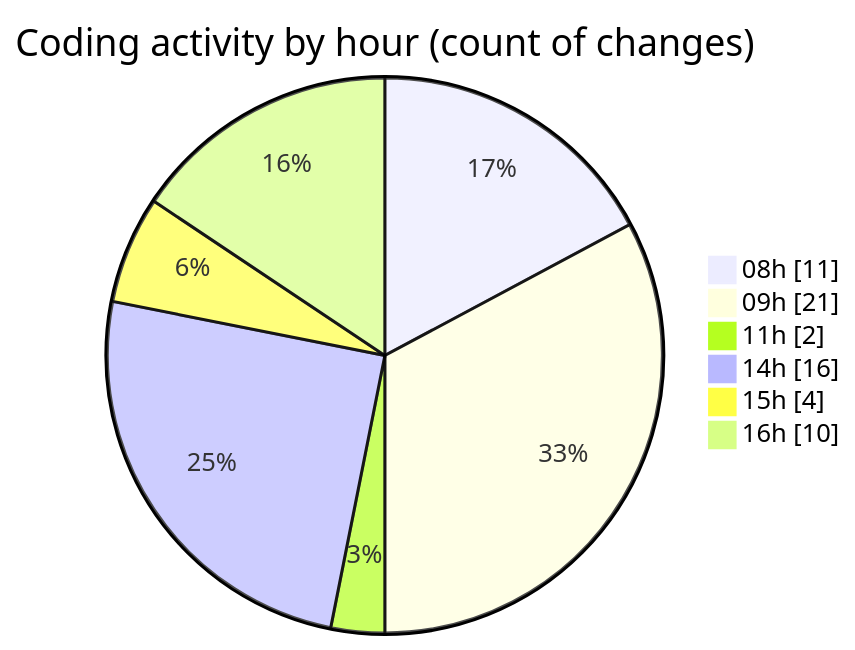
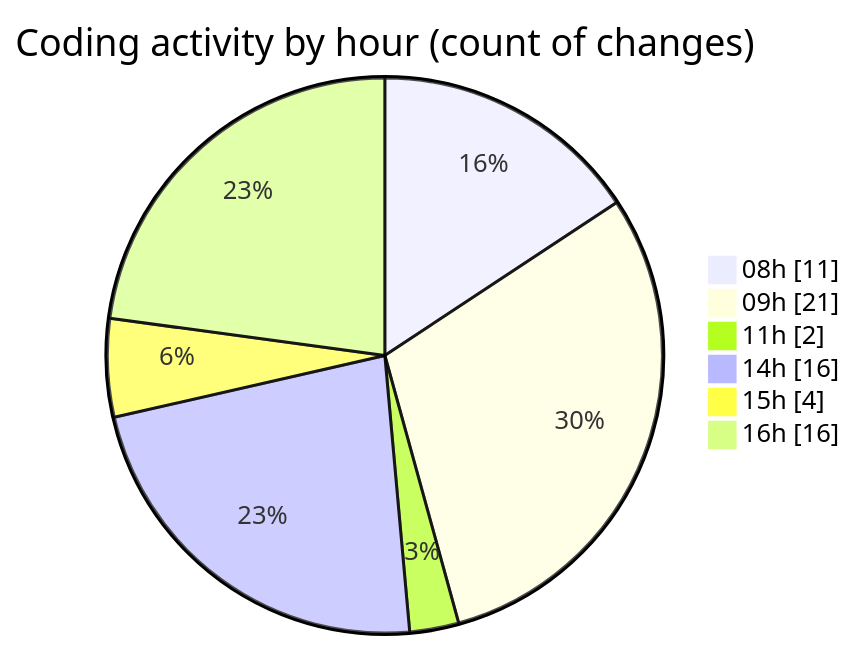
One commit to julien-gomy/code-tracking changed the second of 2 diagrams in 2025-10-13/eventscop-frontend-guide__workspace_/README.md. Above: the diagram before and after it, drawn with Mermaid. The commit also changed other lines of this file and 1 other file, not shown here.

````diff
--- a/2025-10-13/eventscop-frontend-guide__workspace_/README.md
+++ b/2025-10-13/eventscop-frontend-guide__workspace_/README.md
@@ -54,10 +56,10 @@
 ```mermaid
 pie showData
 title Coding activity by hour (count of changes)
 "08h" : 11
 "09h" : 21
 "11h" : 2
 "14h" : 16
 "15h" : 4
-"16h" : 10
+"16h" : 16
 ```
````
